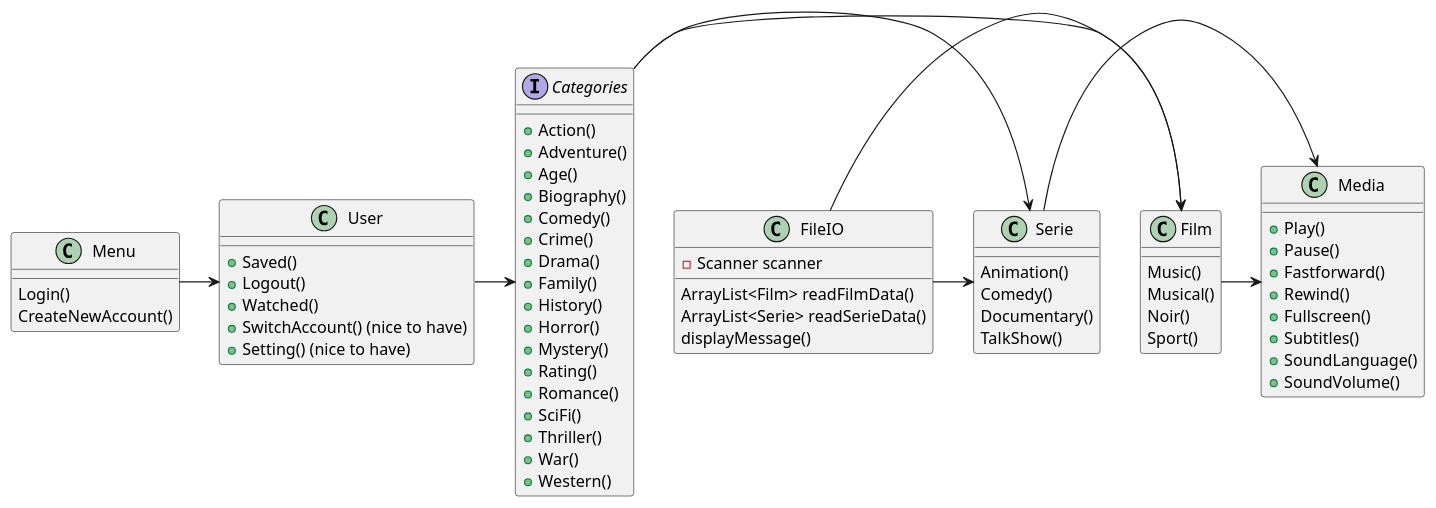
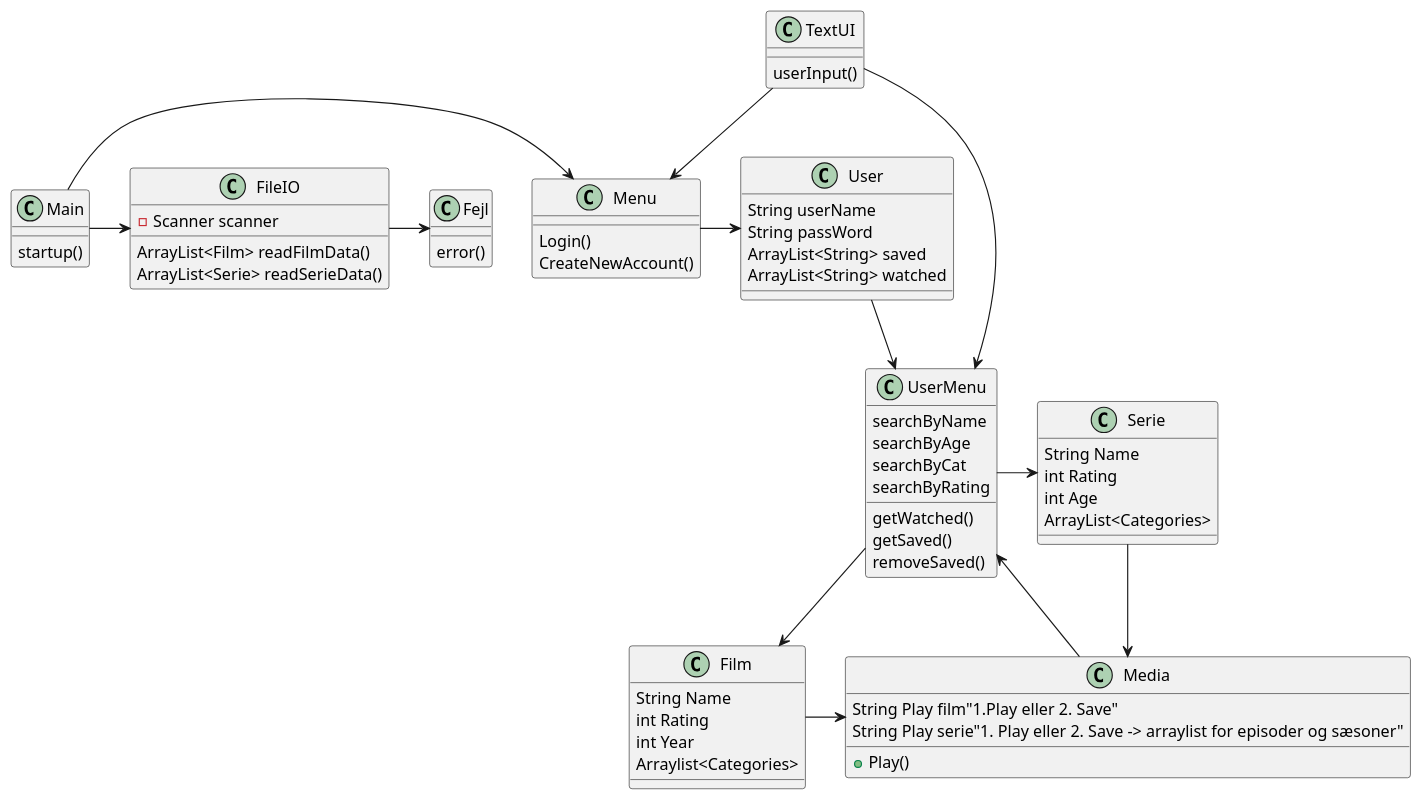
The diagram in SP3.puml (Tobitastik/SP3), drawn with PlantUML before and after one commit.

Commit message:
Klassediagram

```diff
--- a/SP3.puml
+++ b/SP3.puml
@@ -1,73 +1,72 @@
 @startuml
 'https://plantuml.com/class-diagram
+
+Class Main
+Main : startup()
 
 Class Menu
 Menu : Login()
 Menu : CreateNewAccount()
 
 Class User
-User : + Saved()
-User : + Logout()
-User : + Watched()
-User : + SwitchAccount() (nice to have)
-User : + Setting() (nice to have)
+User : String userName
+User : String passWord
+User : ArrayList<String> saved
+User : ArrayList<String> watched
+
+Class UserMenu
+UserMenu : searchByName
+UserMenu : searchByAge
+UserMenu : searchByCat
+UserMenu : searchByRating
+
+UserMenu : getWatched()
+UserMenu : getSaved()
+UserMenu : removeSaved()
+
 
 Class Media
 Media : + Play()
-Media : + Pause()
-Media : + Fastforward()
-Media : + Rewind()
-Media : + Fullscreen()
-Media : + Subtitles()
-Media : + SoundLanguage()
-Media : + SoundVolume()
-
-Interface Categories
-Categories : + Action()
-Categories : + Adventure()
-Categories : + Age()
-Categories : + Biography()
-Categories : + Comedy()
-Categories : + Crime()
-Categories : + Drama()
-Categories : + Family()
-Categories : + History()
-Categories : + Horror()
-Categories : + Mystery()
-Categories : + Rating()
-Categories : + Romance()
-Categories : + SciFi()
-Categories : + Thriller()
-Categories : + War()
-Categories : + Western()
+Media : String Play film"1.Play eller 2. Save"
+Media : String Play serie"1. Play eller 2. Save -> arraylist for episoder og sæsoner"
 
 Class Film
-Film : Music()
-Film : Musical()
-Film : Noir()
-Film : Sport()
+Film : String Name
+Film : int Rating
+Film : int Year
+Film : Arraylist<Categories>
 
 Class Serie
-Serie : Animation()
-Serie : Comedy()
-Serie : Documentary()
-Serie : TalkShow()
+Serie : String Name
+Serie : int Rating
+Serie : int Age
+Serie : ArrayList<Categories>
 
 Class FileIO
 FileIO : - Scanner scanner
 FileIO : ArrayList<Film> readFilmData()
 FileIO : ArrayList<Serie> readSerieData()
-FileIO : displayMessage()
+
+Class Fejl
+Fejl : error()
+
+Class TextUI
+TextUI : userInput()
 
 
+Main -> Menu
+Main -> FileIO
+FileIO -> Fejl
+User --> UserMenu
+TextUI --> UserMenu
+TextUI --> Menu
+Menu -> User
 
-Menu -> User
-Categories -> Film
-Categories -> Serie
-User -> Categories
-FileIO -> Film
-FileIO -> Serie
+
 Film -> Media
 Serie -> Media
+Media --> UserMenu
+UserMenu -> Film
+UserMenu -> Serie
 
 @enduml
```
